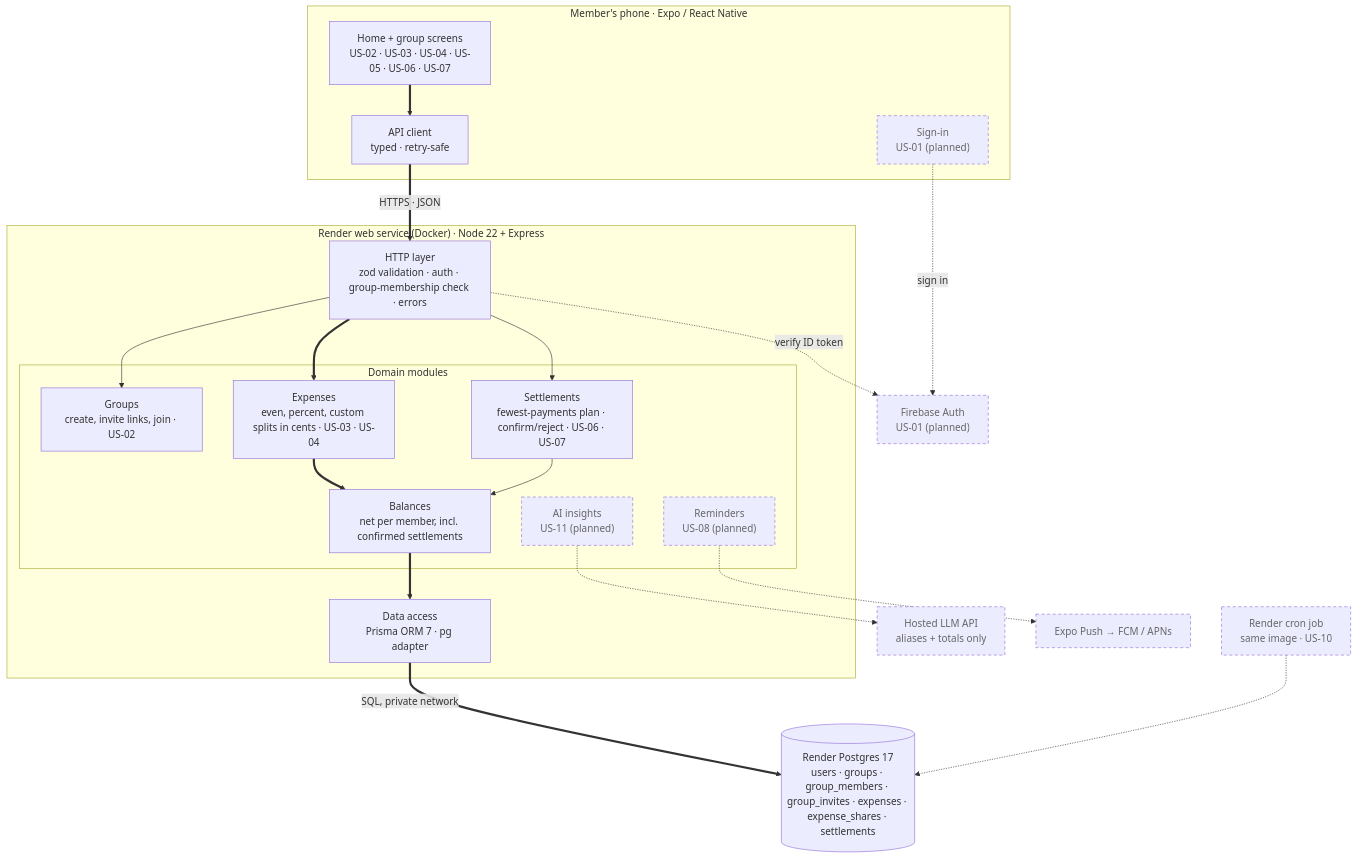
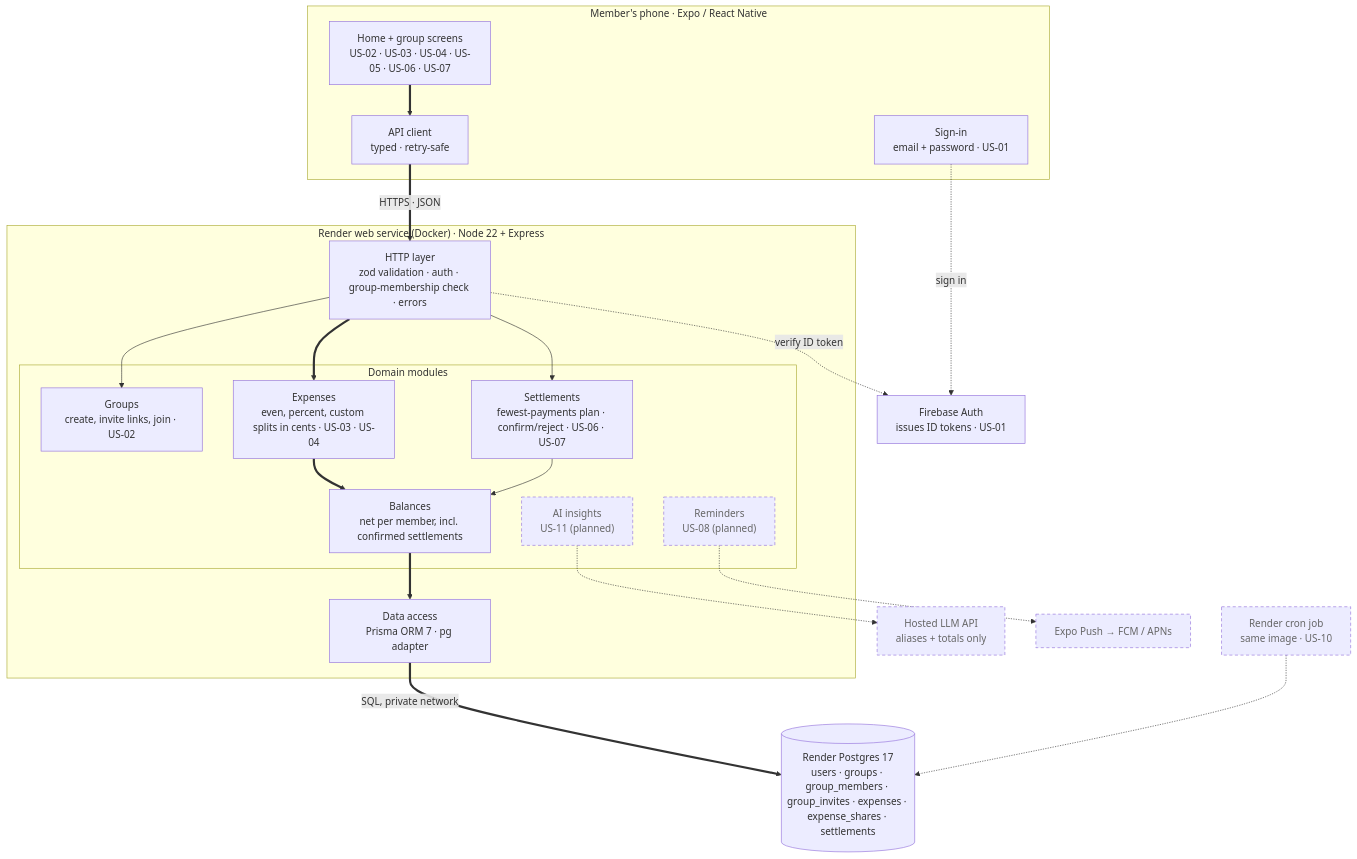
One commit to no-ad-technologies/BudgetSplit changed the diagram in docs/architecture.md. Above: the diagram before and after it, drawn with Mermaid. The commit also changed other lines of this file and 7 other files, not shown here.

First line of the commit message:
chore(deploy): production uses AUTH_MODE=firebase; docs for sign-in setup [US-01]

````diff
--- a/docs/architecture.md
+++ b/docs/architecture.md
@@ -13,40 +13,40 @@
 ```mermaid
 flowchart TB
   subgraph phone["Member's phone · Expo / React Native"]
     GV["Home + group screens<br/>US-02 · US-03 · US-04 · US-05 · US-06 · US-07"]
     AC["API client<br/>typed · retry-safe"]
-    SI["Sign-in<br/>US-01 (planned)"]
+    SI["Sign-in<br/>email + password · US-01"]
   end
 
   subgraph api["Render web service (Docker) · Node 22 + Express"]
     HTTP["HTTP layer<br/>zod validation · auth · group-membership check · errors"]
     subgraph modules["Domain modules"]
       GR["Groups<br/>create, invite links, join · US-02"]
       EX["Expenses<br/>even, percent, custom splits in cents · US-03 · US-04"]
       BA["Balances<br/>net per member, incl. confirmed settlements"]
       ST["Settlements<br/>fewest-payments plan · confirm/reject · US-06 · US-07"]
       AI["AI insights<br/>US-11 (planned)"]
       RE["Reminders<br/>US-08 (planned)"]
     end
     DA["Data access<br/>Prisma ORM 7 · pg adapter"]
   end
 
   PG[("Render Postgres 17<br/>users · groups · group_members · group_invites · expenses · expense_shares · settlements")]
-  FB["Firebase Auth<br/>US-01 (planned)"]
+  FB["Firebase Auth<br/>issues ID tokens · US-01"]
   LLM["Hosted LLM API<br/>aliases + totals only"]
   PUSH["Expo Push → FCM / APNs"]
   CRON["Render cron job<br/>same image · US-10"]
 
   GV ==> AC ==>|HTTPS · JSON| HTTP ==> EX ==> BA ==> DA ==>|SQL, private network| PG
   HTTP --> GR
   HTTP --> ST
   ST --> BA
   SI -.->|sign in| FB
   HTTP -.->|verify ID token| FB
   AI -.-> LLM
   RE -.-> PUSH
   CRON -.-> PG
 
   classDef planned stroke-dasharray: 5 4,color:#666;
-  class SI,AI,RE,FB,LLM,PUSH,CRON planned;
+  class AI,RE,LLM,PUSH,CRON planned;
 ```
````
